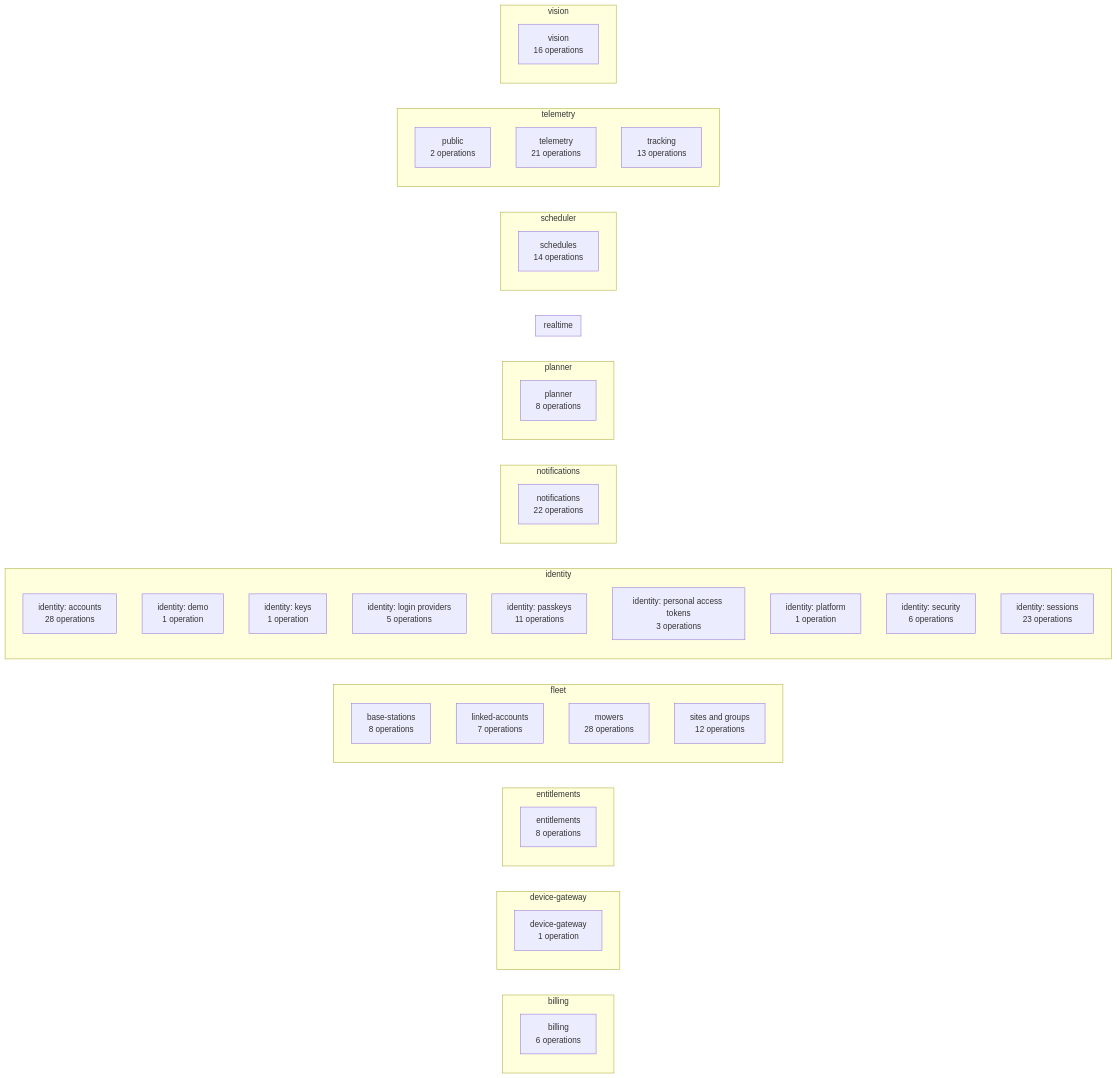
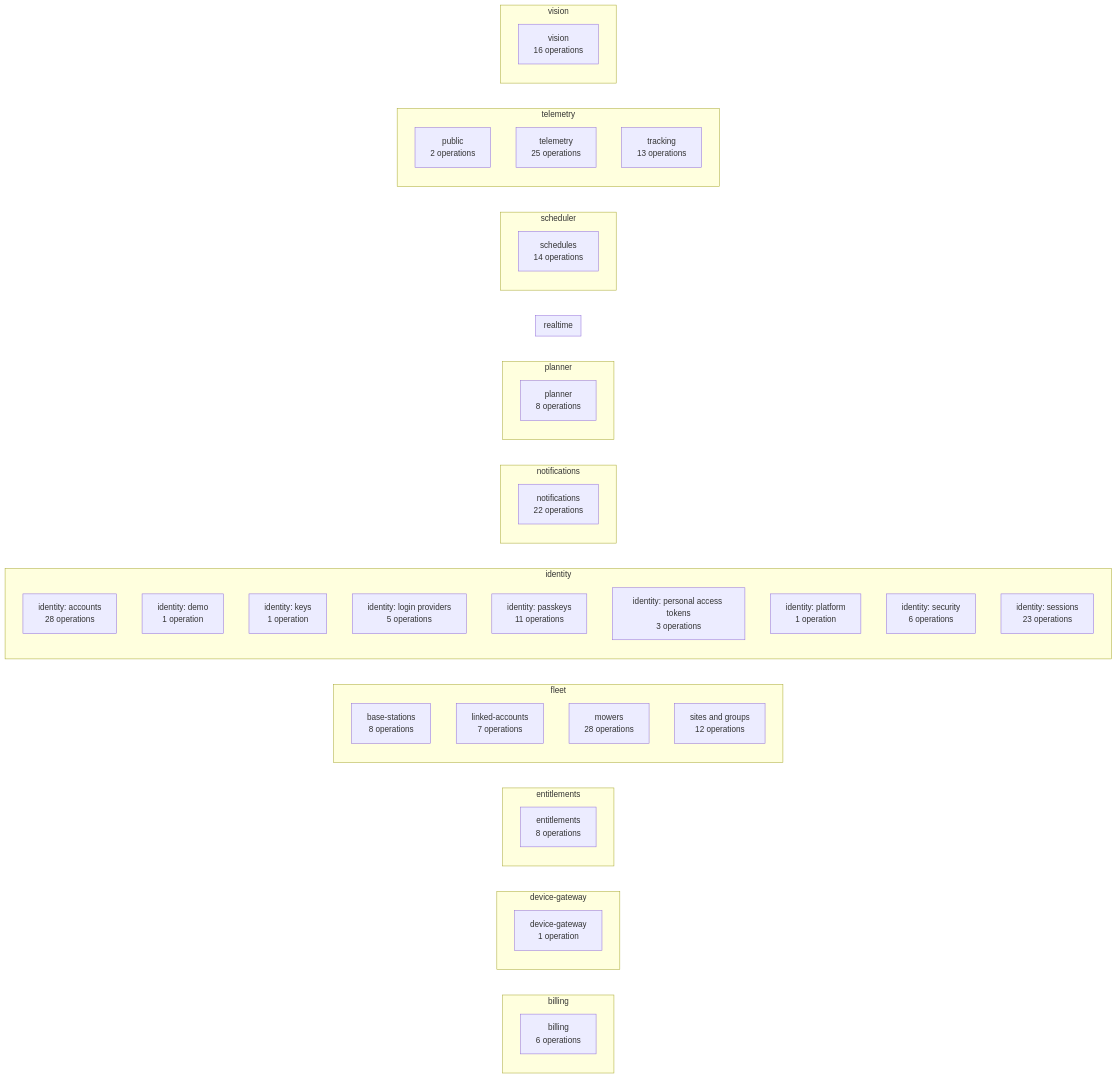
One commit to lukislp/mowdeck changed diagram 14 of 15 in docs/architecture/generated.md. Above: the diagram before and after it, drawn with Mermaid. The commit also changed other lines of this file and 69 other files, not shown here.

````diff
--- a/docs/architecture/generated.md
+++ b/docs/architecture/generated.md
@@ -435,59 +437,59 @@
 ```mermaid
 flowchart LR
   subgraph billing["billing"]
     direction TB
     billing_billing["billing<br/>6 operations"]
   end
   subgraph device_gateway["device-gateway"]
     direction TB
     device_gateway_device_gateway["device-gateway<br/>1 operation"]
   end
   subgraph entitlements["entitlements"]
     direction TB
     entitlements_entitlements["entitlements<br/>8 operations"]
   end
   subgraph fleet["fleet"]
     direction TB
     fleet_base_stations["base-stations<br/>8 operations"]
     fleet_linked_accounts["linked-accounts<br/>7 operations"]
     fleet_mowers["mowers<br/>28 operations"]
     fleet_sites_and_groups["sites and groups<br/>12 operations"]
   end
   subgraph identity["identity"]
     direction TB
     identity_identity__accounts["identity: accounts<br/>28 operations"]
     identity_identity__demo["identity: demo<br/>1 operation"]
     identity_identity__keys["identity: keys<br/>1 operation"]
     identity_identity__login_providers["identity: login providers<br/>5 operations"]
     identity_identity__passkeys["identity: passkeys<br/>11 operations"]
     identity_identity__personal_access_tokens["identity: personal access tokens<br/>3 operations"]
     identity_identity__platform["identity: platform<br/>1 operation"]
     identity_identity__security["identity: security<br/>6 operations"]
     identity_identity__sessions["identity: sessions<br/>23 operations"]
   end
   subgraph notifications["notifications"]
     direction TB
     notifications_notifications["notifications<br/>22 operations"]
   end
   subgraph planner["planner"]
     direction TB
     planner_planner["planner<br/>8 operations"]
   end
   subgraph realtime["realtime"]
     direction TB
   end
   subgraph scheduler["scheduler"]
     direction TB
     scheduler_schedules["schedules<br/>14 operations"]
   end
   subgraph telemetry["telemetry"]
     direction TB
     telemetry_public["public<br/>2 operations"]
-    telemetry_telemetry["telemetry<br/>21 operations"]
+    telemetry_telemetry["telemetry<br/>25 operations"]
     telemetry_tracking["tracking<br/>13 operations"]
   end
   subgraph vision["vision"]
     direction TB
     vision_vision["vision<br/>16 operations"]
   end
 ```
````
